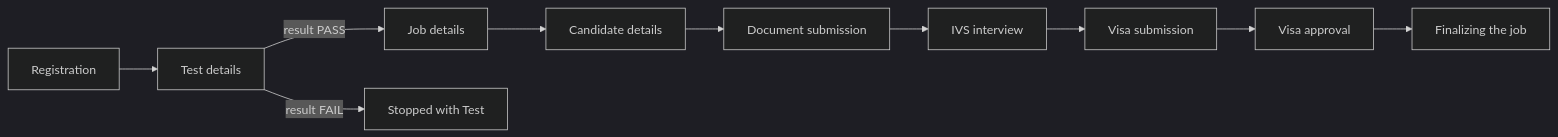
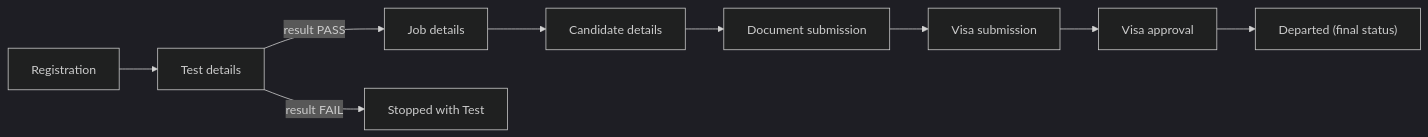
Before and after one commit to emlynk-pixel/EmlynkWABot: the first of 14 diagrams in README.md, drawn with Mermaid (dark theme). The commit also changed other lines of this file and 63 other files, not shown here.

````diff
--- a/README.md
+++ b/README.md
@@ -101,12 +101,11 @@
 ```mermaid
 flowchart LR
     R["Registration"] --> T["Test details"]
     T -->|"result PASS"| J["Job details"]
     T -->|"result FAIL"| S["Stopped with Test"]
     J --> C["Candidate details"]
     C --> D["Document submission"]
-    D --> I["IVS interview"]
-    I --> V["Visa submission"]
+    D --> V["Visa submission"]
     V --> A["Visa approval"]
-    A --> F["Finalizing the job"]
+    A --> P["Departed (final status)"]
 ```
````
